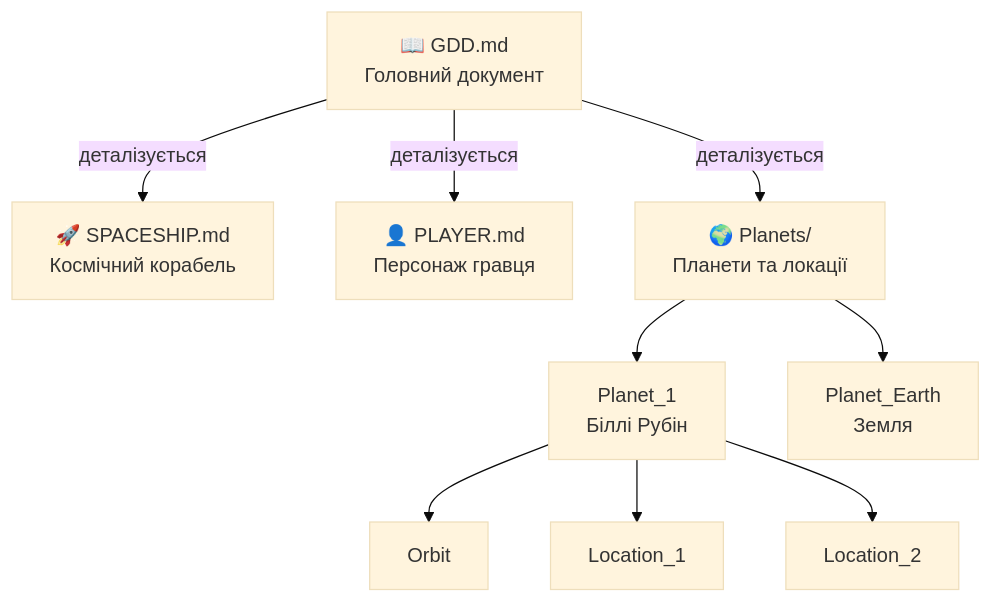
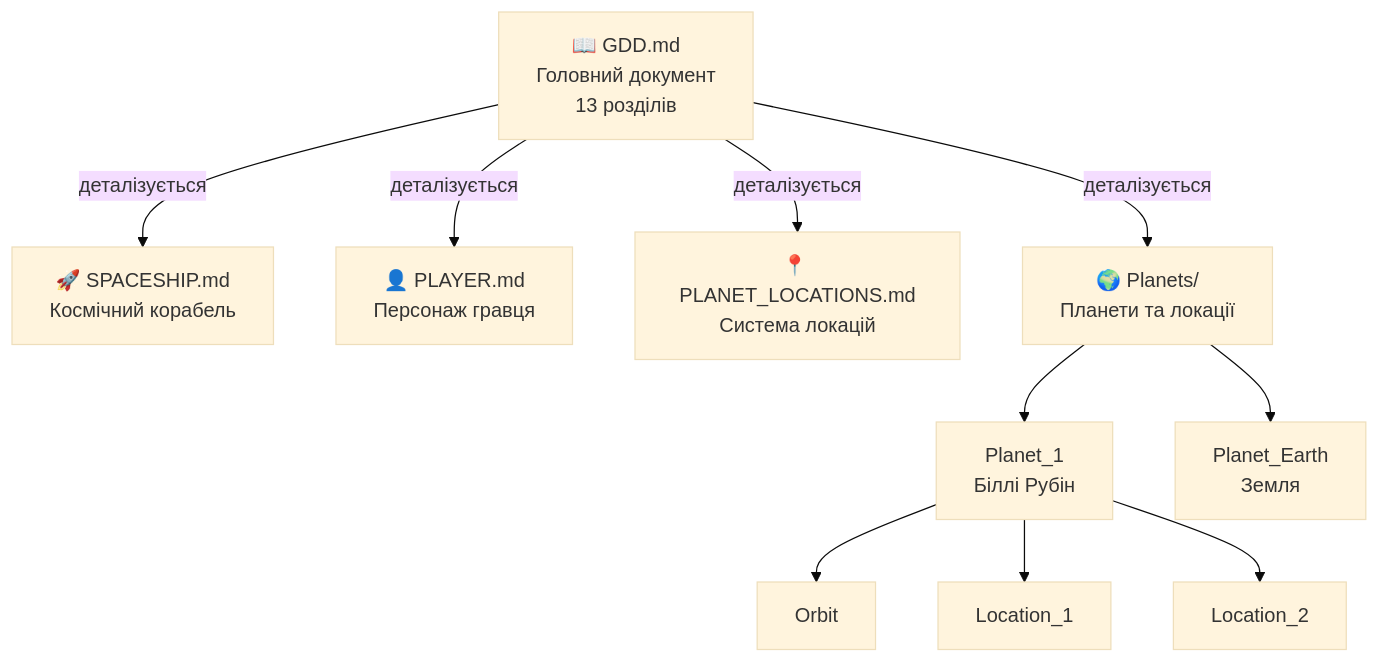
Before and after one commit to nick-fedchik/CallOfRelics: the diagram in Docs/GameDesign/README.md, drawn with Mermaid (base theme). The commit also changed other lines of this file and 1 other file, not shown here.

First line of the commit message:
Update Docs READMEs: add PLANET_LOCATIONS.md, update GDD structure

````diff
--- a/Docs/GameDesign/README.md
+++ b/Docs/GameDesign/README.md
@@ -186,14 +204,15 @@
 ```mermaid
 flowchart TB
-    GDD[📖 GDD.md<br/>Головний документ]
+    GDD[📖 GDD.md<br/>Головний документ<br/>13 розділів]
     GDD -->|деталізується| SHIP[🚀 SPACESHIP.md<br/>Космічний корабель]
     GDD -->|деталізується| PLAYER[👤 PLAYER.md<br/>Персонаж гравця]
+    GDD -->|деталізується| LOCS[📍 PLANET_LOCATIONS.md<br/>Система локацій]
     GDD -->|деталізується| PLANETS[🌍 Planets/<br/>Планети та локації]
 
     PLANETS --> P1[Planet_1<br/>Біллі Рубін]
     PLANETS --> PE[Planet_Earth<br/>Земля]
 
     P1 --> ORBIT[Orbit]
     P1 --> LOC1[Location_1]
     P1 --> LOC2[Location_2]
 ```
````
